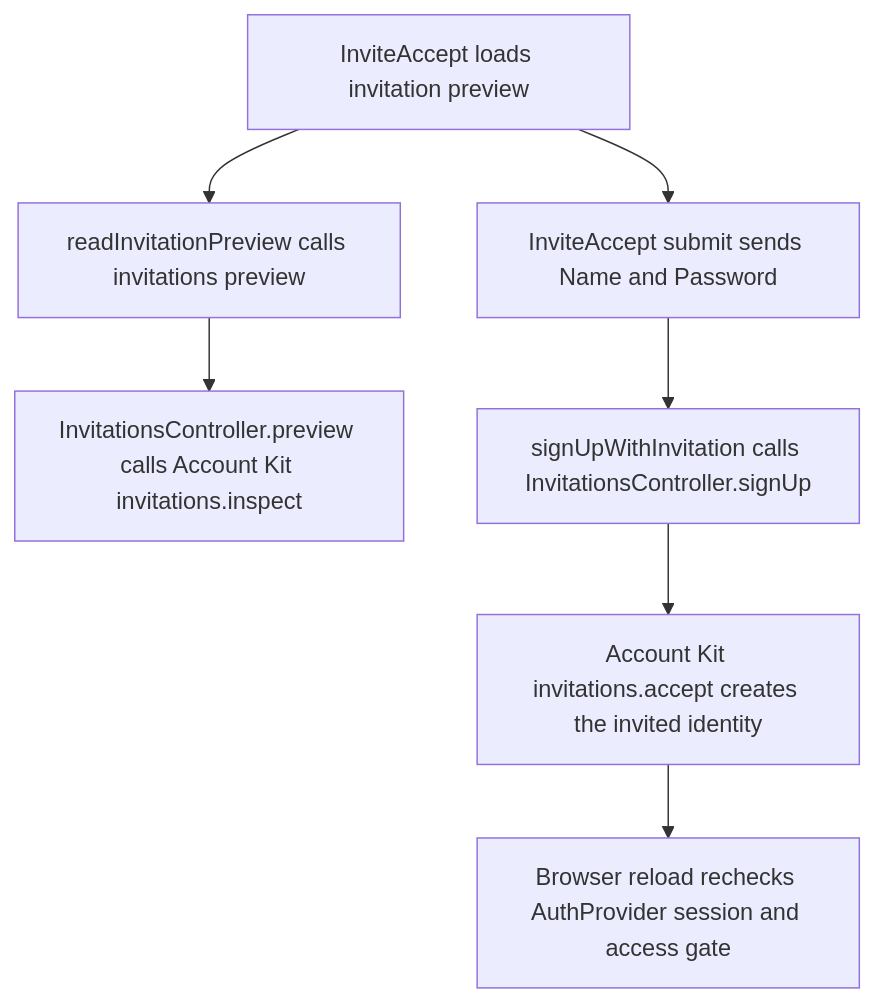
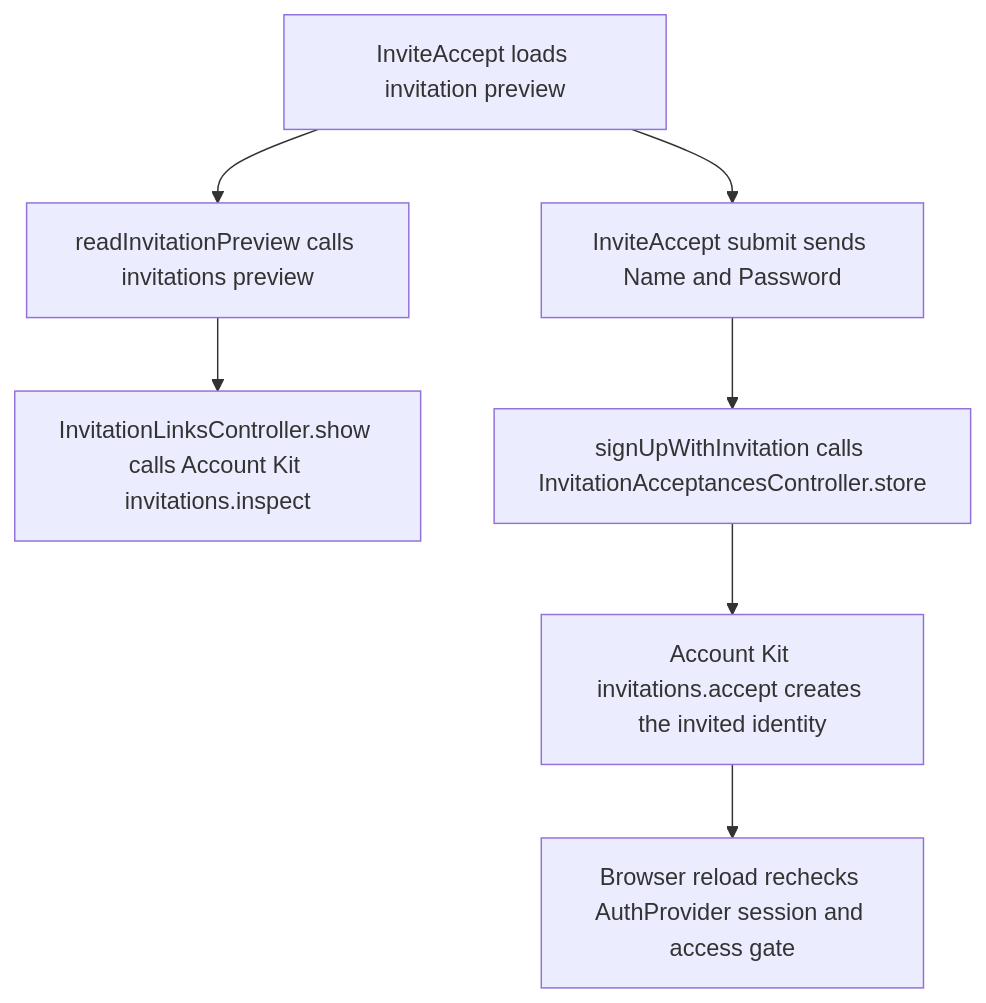
Before and after one commit to Kevinjohn/capacitylens: the second of 2 diagrams in user-stories/account/US-ACCOUNT-06-register.md, drawn with Mermaid. The commit also changed other lines of this file and 139 other files, not shown here.

````diff
--- a/user-stories/account/US-ACCOUNT-06-register.md
+++ b/user-stories/account/US-ACCOUNT-06-register.md
@@ -35,9 +35,9 @@
 ```mermaid
 flowchart TD
   page["InviteAccept loads invitation preview"] --> preview["readInvitationPreview calls invitations preview"]
-  preview --> kitInspect["InvitationsController.preview calls Account Kit invitations.inspect"]
+  preview --> kitInspect["InvitationLinksController.show calls Account Kit invitations.inspect"]
   page --> signup["InviteAccept submit sends Name and Password"]
-  signup --> accept["signUpWithInvitation calls InvitationsController.signUp"]
+  signup --> accept["signUpWithInvitation calls InvitationAcceptancesController.store"]
   accept --> kitAccept["Account Kit invitations.accept creates the invited identity"]
   kitAccept --> reload["Browser reload rechecks AuthProvider session and access gate"]
 ```
````
